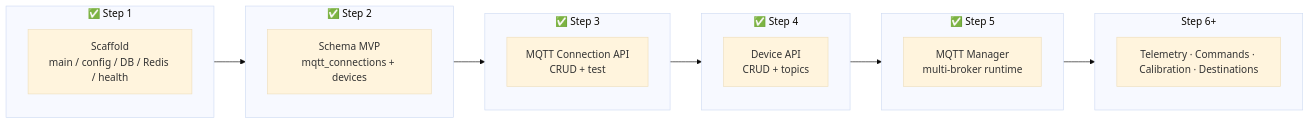
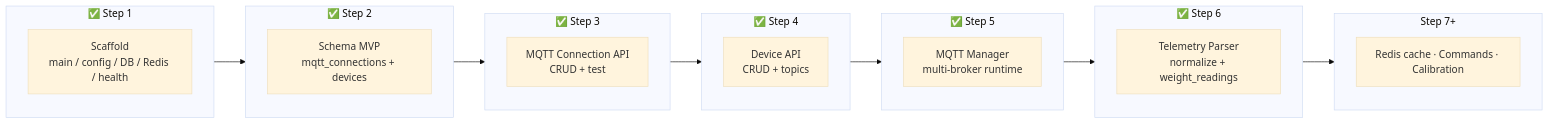
The diagram in documents/multi-device-load-cell-platform.md (kukiat/atk-store), drawn with Mermaid (base theme) before and after one commit. The commit also changed other lines of this file and 12 other files, not shown here.

First line of the commit message:
Implement telemetry processing and parser for weight readings

````diff
--- a/documents/multi-device-load-cell-platform.md
+++ b/documents/multi-device-load-cell-platform.md
@@ -1706,23 +1706,26 @@
 ```mermaid
 flowchart LR
     subgraph STEP1["✅ Step 1"]
         S1["Scaffold<br/>main / config / DB / Redis / health"]
     end
     subgraph STEP2["✅ Step 2"]
         S2["Schema MVP<br/>mqtt_connections + devices"]
     end
     subgraph STEP3["✅ Step 3"]
         S3["MQTT Connection API<br/>CRUD + test"]
     end
     subgraph STEP4["✅ Step 4"]
         S4["Device API<br/>CRUD + topics"]
     end
     subgraph STEP5["✅ Step 5"]
         S5["MQTT Manager<br/>multi-broker runtime"]
     end
-    subgraph STEP6["Step 6+"]
-        S6["Telemetry · Commands · Calibration · Destinations"]
+    subgraph STEP6["✅ Step 6"]
+        S6A["Telemetry Parser<br/>normalize + weight_readings"]
+    end
+    subgraph STEP7["Step 7+"]
+        S7["Redis cache · Commands · Calibration"]
     end
 
-    STEP1 --> STEP2 --> STEP3 --> STEP4 --> STEP5 --> STEP6
+    STEP1 --> STEP2 --> STEP3 --> STEP4 --> STEP5 --> STEP6 --> STEP7
 ```
````
